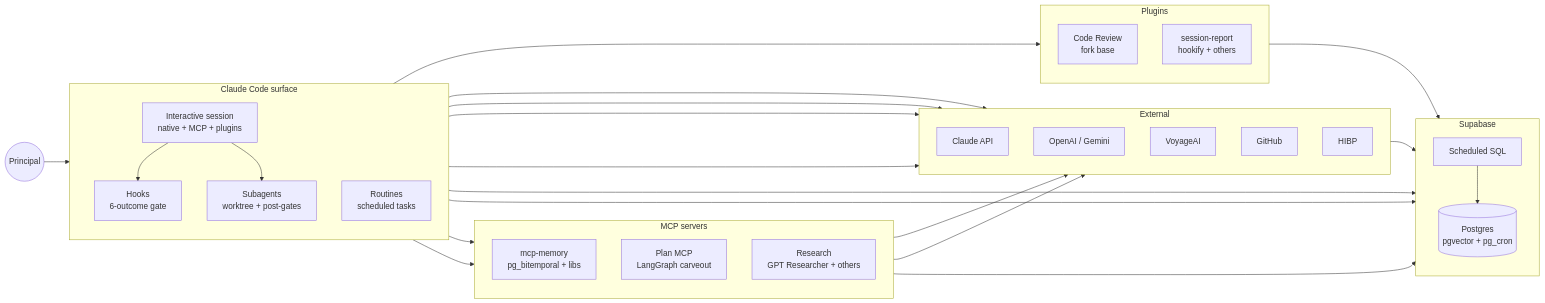
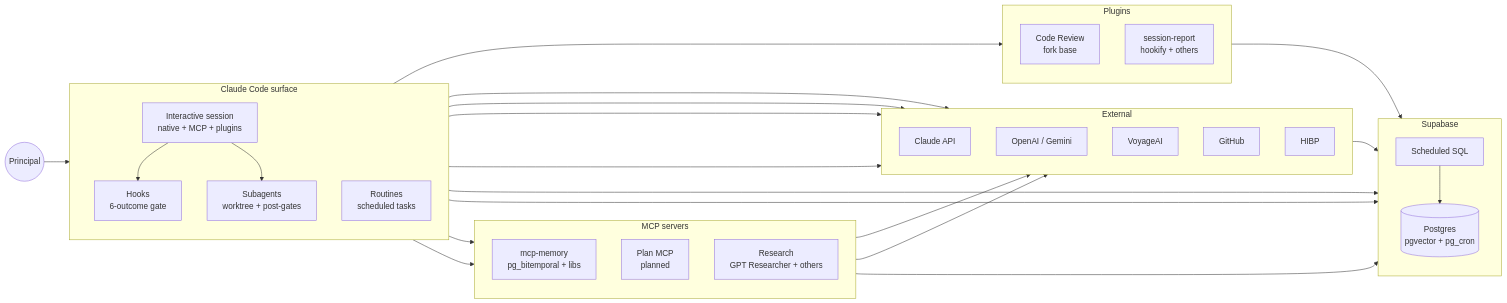
Before and after one commit to Osasuwu/jarvis-oss: the second of 4 diagrams in docs/design/jarvis-architecture-c4.md, drawn with Mermaid. The commit also changed other lines of this file and 485 other files, not shown here.

````diff
--- a/docs/design/jarvis-architecture-c4.md
+++ b/docs/design/jarvis-architecture-c4.md
@@ -34,61 +36,61 @@
 ```mermaid
 flowchart LR
     principal((Principal))
 
     subgraph SURFACE[Claude Code surface]
         direction TB
         claude_code[Interactive session<br/>native + MCP + plugins]
         scheduled[Routines<br/>scheduled tasks]
         hooks[Hooks<br/>6-outcome gate]
         subagents[Subagents<br/>worktree + post-gates]
     end
 
     subgraph PLUGINS[Plugins]
         direction TB
         plugin_review[Code Review<br/>fork base]
         plugin_misc[session-report<br/>hookify + others]
     end
 
     subgraph MCPS[MCP servers]
         direction TB
         mcp_memory[mcp-memory<br/>pg_bitemporal + libs]
-        mcp_plan[Plan MCP<br/>LangGraph carveout]
+        mcp_plan[Plan MCP<br/>planned]
         mcp_research[Research<br/>GPT Researcher + others]
     end
 
     subgraph STORAGE[Supabase]
         direction TB
         pg[(Postgres<br/>pgvector + pg_cron)]
         cloud_tasks[Scheduled SQL]
     end
 
     subgraph EXT[External]
         direction TB
         claude_api[Claude API]
         other_llm[OpenAI / Gemini]
         voyage[VoyageAI]
         github[GitHub]
         hibp[HIBP]
     end
 
     principal --> claude_code
     claude_code --> hooks
     claude_code --> subagents
     claude_code --> PLUGINS
     claude_code --> MCPS
     claude_code --> claude_api
 
     scheduled --> MCPS
     scheduled --> claude_api
     scheduled --> other_llm
     scheduled --> hibp
 
     MCPS --> pg
     mcp_memory --> voyage
     mcp_research --> voyage
     PLUGINS --> pg
     hooks --> pg
     subagents --> pg
     cloud_tasks --> pg
     github --> pg
 ```
````
